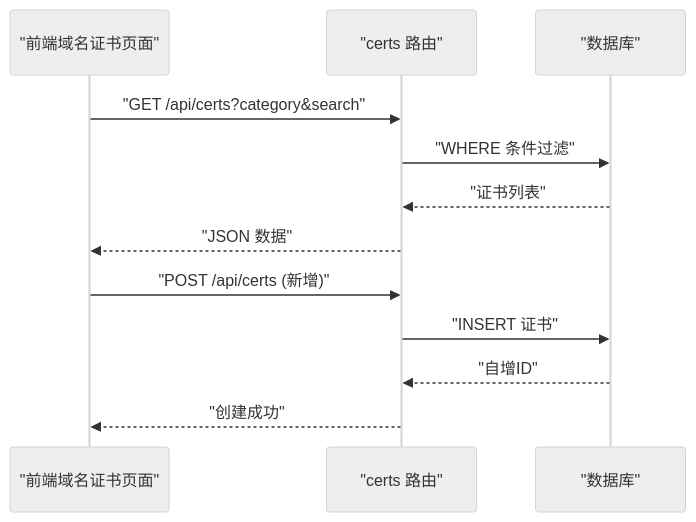
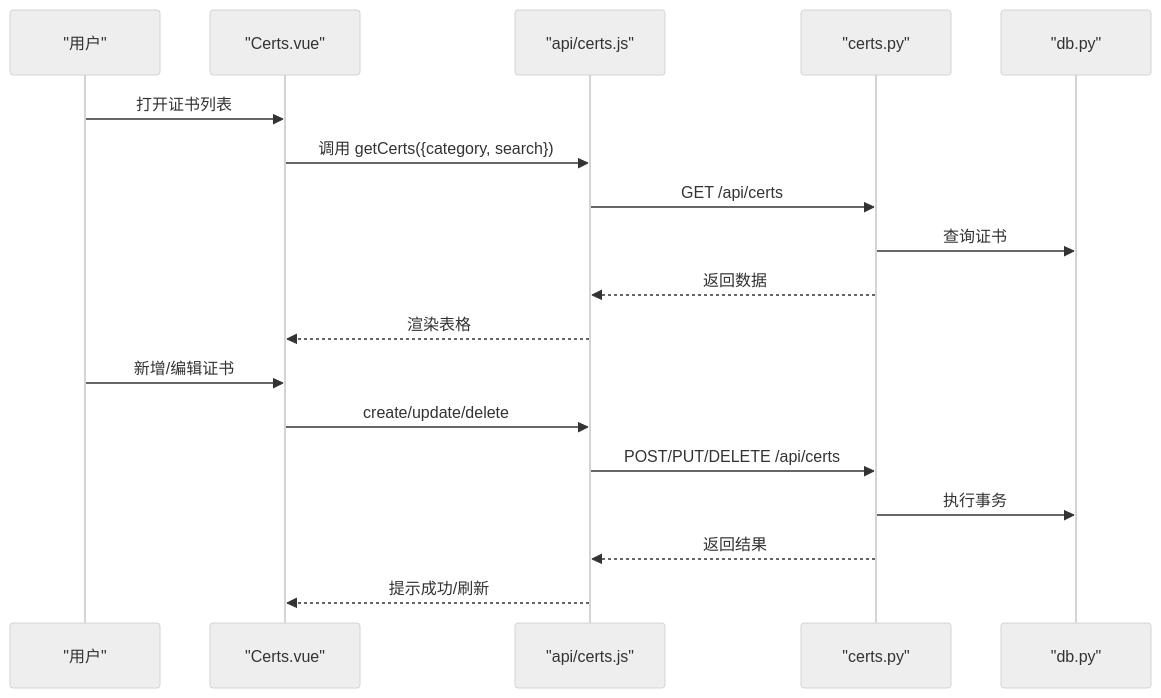
One commit to ismine3/OPS changed the seventh of 8 diagrams in .qoder/repowiki/zh/content/核心功能模块/核心功能模块.md. Above: the diagram before and after it, drawn with Mermaid (neutral theme). The commit also changed other lines of this file and 109 other files, not shown here.

````diff
--- a/.qoder/repowiki/zh/content/核心功能模块/核心功能模块.md
+++ b/.qoder/repowiki/zh/content/核心功能模块/核心功能模块.md
@@ -339,14 +383,20 @@
 ```mermaid
 sequenceDiagram
-participant FE as "前端域名证书页面"
-participant API as "certs 路由"
-participant DB as "数据库"
-FE->>API : "GET /api/certs?category&search"
-API->>DB : "WHERE 条件过滤"
-DB-->>API : "证书列表"
-API-->>FE : "JSON 数据"
-FE->>API : "POST /api/certs (新增)"
-API->>DB : "INSERT 证书"
-DB-->>API : "自增ID"
-API-->>FE : "创建成功"
+participant U as "用户"
+participant V as "Certs.vue"
+participant A as "api/certs.js"
+participant R as "certs.py"
+participant D as "db.py"
+U->>V : 打开证书列表
+V->>A : 调用 getCerts({category, search})
+A->>R : GET /api/certs
+R->>D : 查询证书
+R-->>A : 返回数据
+A-->>V : 渲染表格
+U->>V : 新增/编辑证书
+V->>A : create/update/delete
+A->>R : POST/PUT/DELETE /api/certs
+R->>D : 执行事务
+R-->>A : 返回结果
+A-->>V : 提示成功/刷新
 ```
````
